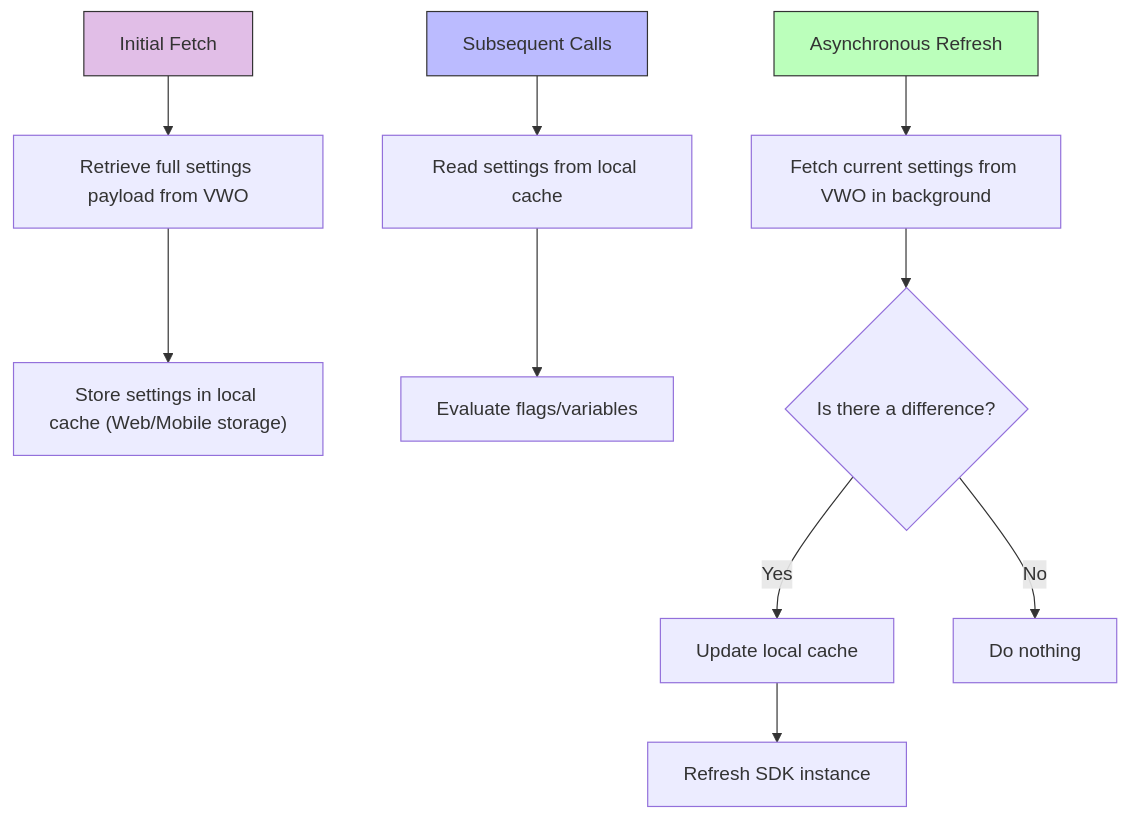
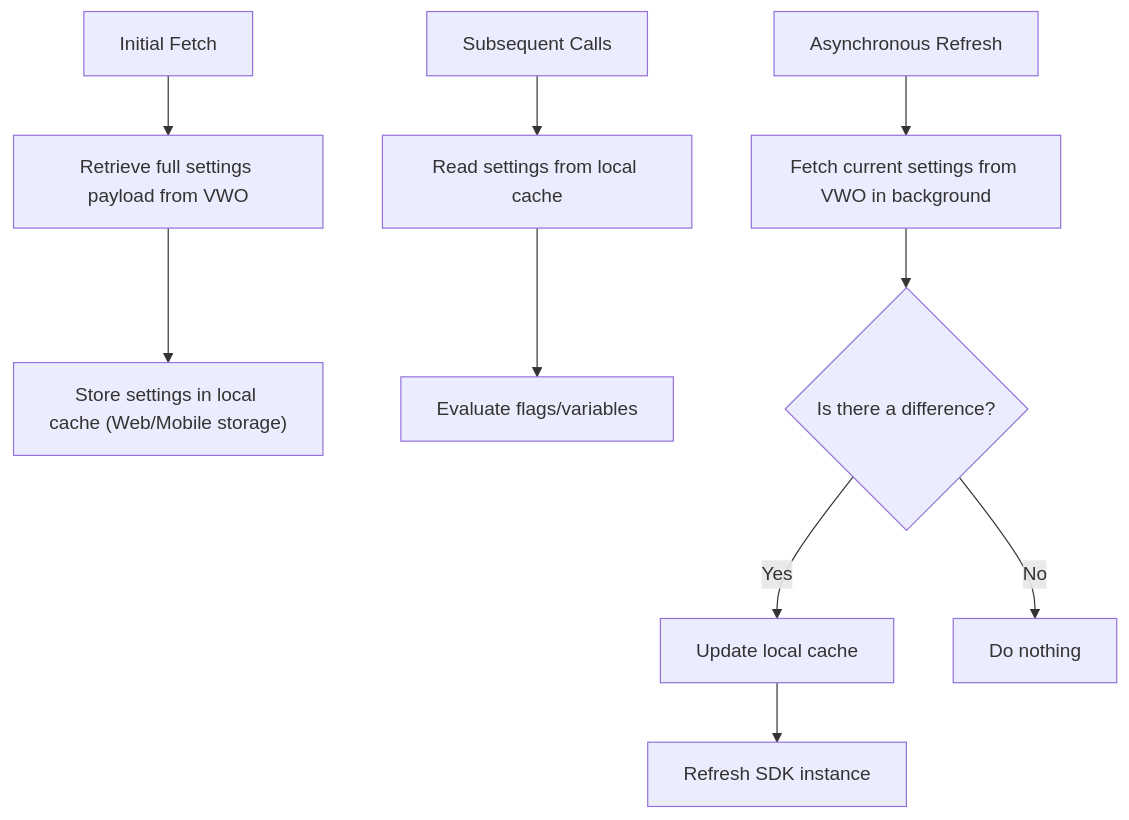
The first of 3 diagrams in docs/Concepts/fme-sdks-caching.md (wingify/readme-central), drawn with Mermaid before and after one commit.

Commit message:
Update doc `fme-sdks-caching`

````diff
--- a/docs/Concepts/fme-sdks-caching.md
+++ b/docs/Concepts/fme-sdks-caching.md
@@ -50,20 +50,17 @@
 ```mermaid
 flowchart TD
     A[Initial Fetch] --> B[Retrieve full settings payload from VWO]
     B --> C["Store settings in local cache (Web/Mobile storage)"]
 
     D[Subsequent Calls] --> E[Read settings from local cache]
     E --> F[Evaluate flags/variables]
 
     G[Asynchronous Refresh] --> H[Fetch current settings from VWO in background]
     H --> I{Is there a difference?}
     I -- Yes --> J[Update local cache]
     J --> K[Refresh SDK instance]
     I -- No --> L[Do nothing]
 
-    style A fill:#E1BEE7,stroke:#333,stroke-width:1px
-    style D fill:#bbf,stroke:#333,stroke-width:1px
-    style G fill:#bfb,stroke:#333,stroke-width:1px
 
 
 ```
````
